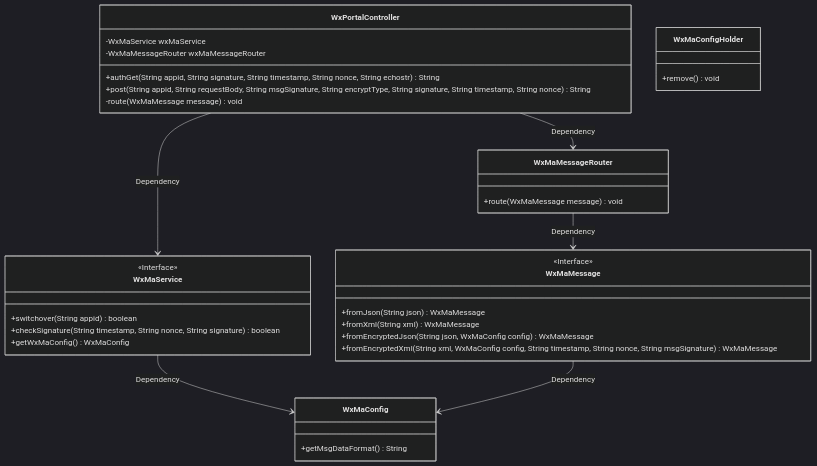
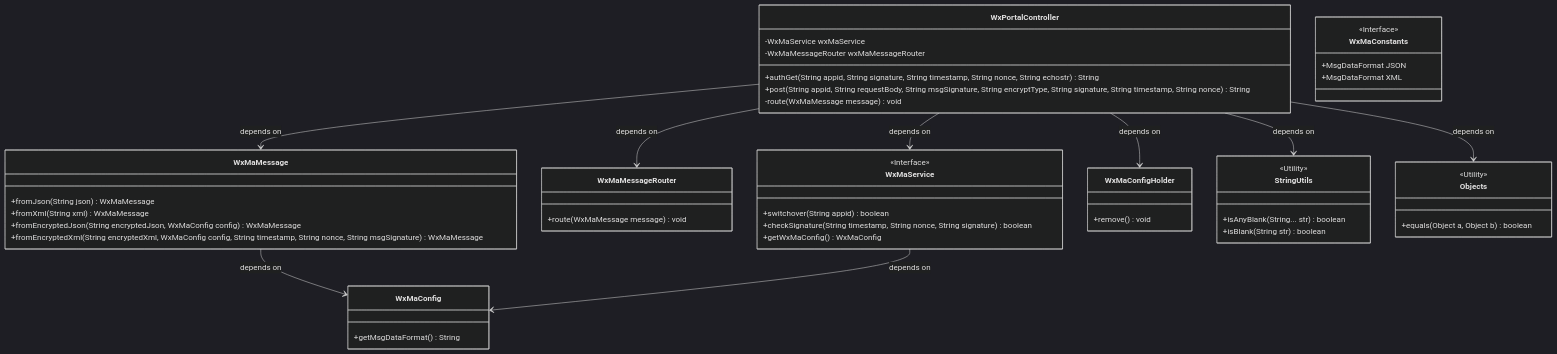
Before and after one commit to v-wjrong/imrrong_weixin-java-miniapp-demo: the first of 4 diagrams in docs/en/docs/src/main/java/com/github/binarywang/demo/wx/miniapp/controller/WxPortalController.md, drawn with Mermaid (dark theme). The commit also changed other lines of this file and 51 other files, not shown here.

````diff
--- a/docs/en/docs/src/main/java/com/github/binarywang/demo/wx/miniapp/controller/WxPortalController.md
+++ b/docs/en/docs/src/main/java/com/github/binarywang/demo/wx/miniapp/controller/WxPortalController.md
@@ -36,43 +36,62 @@
 ```mermaid
 classDiagram
     class WxPortalController {
         -WxMaService wxMaService
         -WxMaMessageRouter wxMaMessageRouter
         +authGet(String appid, String signature, String timestamp, String nonce, String echostr) String
         +post(String appid, String requestBody, String msgSignature, String encryptType, String signature, String timestamp, String nonce) String
         -route(WxMaMessage message) void
     }
-
+    
     class WxMaService {
         <<Interface>>
         +switchover(String appid) boolean
         +checkSignature(String timestamp, String nonce, String signature) boolean
         +getWxMaConfig() WxMaConfig
     }
-
+    
     class WxMaMessageRouter {
         +route(WxMaMessage message) void
     }
-
+    
     class WxMaMessage {
-        <<Interface>>
         +fromJson(String json) WxMaMessage
         +fromXml(String xml) WxMaMessage
-        +fromEncryptedJson(String json, WxMaConfig config) WxMaMessage
-        +fromEncryptedXml(String xml, WxMaConfig config, String timestamp, String nonce, String msgSignature) WxMaMessage
+        +fromEncryptedJson(String encryptedJson, WxMaConfig config) WxMaMessage
+        +fromEncryptedXml(String encryptedXml, WxMaConfig config, String timestamp, String nonce, String msgSignature) WxMaMessage
     }
-
+    
     class WxMaConfig {
         +getMsgDataFormat() String
     }
-
+    
+    class WxMaConstants {
+        <<Interface>>
+        +MsgDataFormat JSON
+        +MsgDataFormat XML
+    }
+    
     class WxMaConfigHolder {
         +remove() void
     }
-
-    WxPortalController --> WxMaService : Dependency
-    WxPortalController --> WxMaMessageRouter : Dependency
-    WxMaMessageRouter --> WxMaMessage : Dependency
-    WxMaService --> WxMaConfig : Dependency
-    WxMaMessage --> WxMaConfig : Dependency
+    
+    class StringUtils {
+        <<Utility>>
+        +isAnyBlank(String... str) boolean
+        +isBlank(String str) boolean
+    }
+    
+    class Objects {
+        <<Utility>>
+        +equals(Object a, Object b) boolean
+    }
+    
+    WxPortalController --> WxMaService : depends on
+    WxPortalController --> WxMaMessageRouter : depends on
+    WxPortalController --> WxMaMessage : depends on
+    WxPortalController --> WxMaConfigHolder : depends on
+    WxPortalController --> StringUtils : depends on
+    WxPortalController --> Objects : depends on
+    WxMaMessage --> WxMaConfig : depends on
+    WxMaService --> WxMaConfig : depends on
 ```
````
